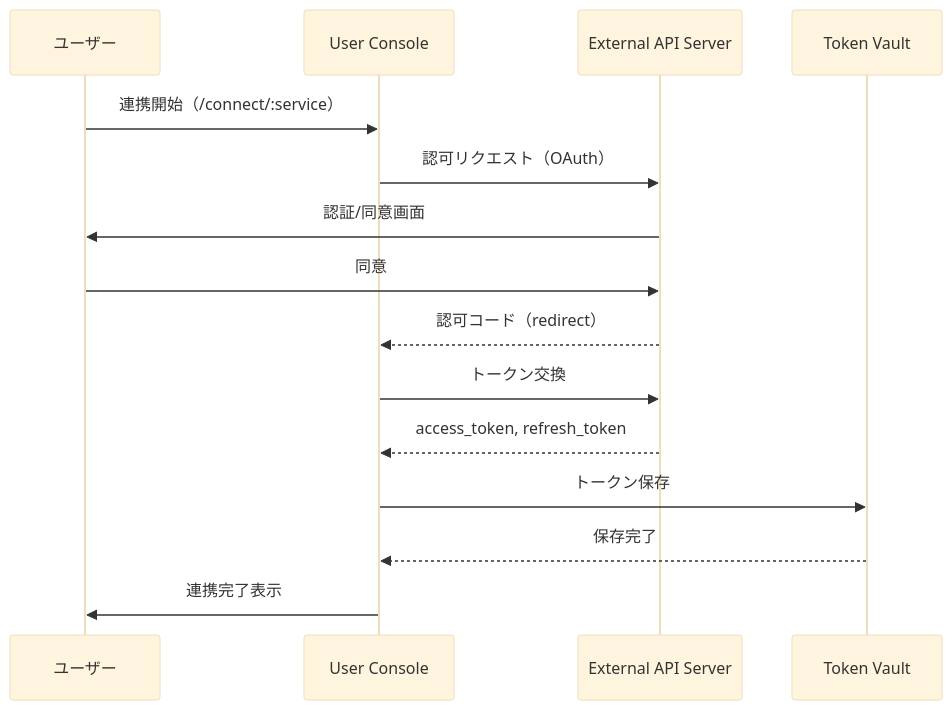
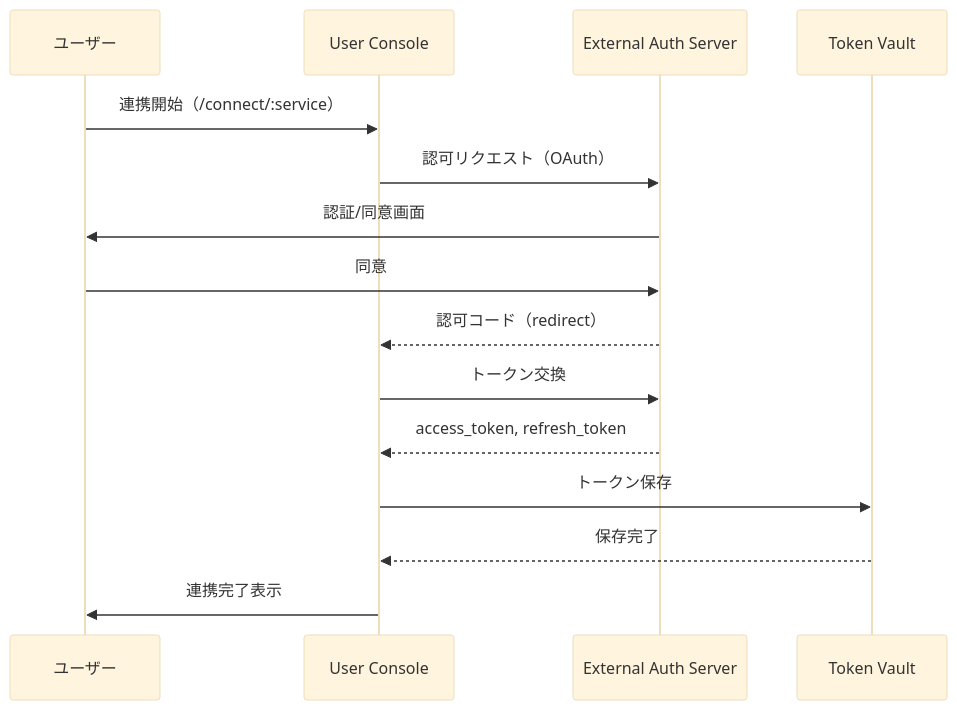
Before and after one commit to shibaleo/mcpist: the second of 3 diagrams in docs/specification/dtl-spc/itr-con.md, drawn with Mermaid (base theme). The commit also changed other lines of this file and 23 other files, not shown here.

````diff
--- a/docs/specification/dtl-spc/itr-con.md
+++ b/docs/specification/dtl-spc/itr-con.md
@@ -107,18 +109,18 @@
 ```mermaid
 sequenceDiagram
     participant User as ユーザー
     participant CON as User Console
-    participant EXT as External API Server
+    participant EAS as External Auth Server
     participant TVL as Token Vault
 
     User->>CON: 連携開始（/connect/:service）
-    CON->>EXT: 認可リクエスト（OAuth）
-    EXT->>User: 認証/同意画面
-    User->>EXT: 同意
-    EXT-->>CON: 認可コード（redirect）
-    CON->>EXT: トークン交換
-    EXT-->>CON: access_token, refresh_token
+    CON->>EAS: 認可リクエスト（OAuth）
+    EAS->>User: 認証/同意画面
+    User->>EAS: 同意
+    EAS-->>CON: 認可コード（redirect）
+    CON->>EAS: トークン交換
+    EAS-->>CON: access_token, refresh_token
     CON->>TVL: トークン保存
     TVL-->>CON: 保存完了
     CON->>User: 連携完了表示
 ```
````
